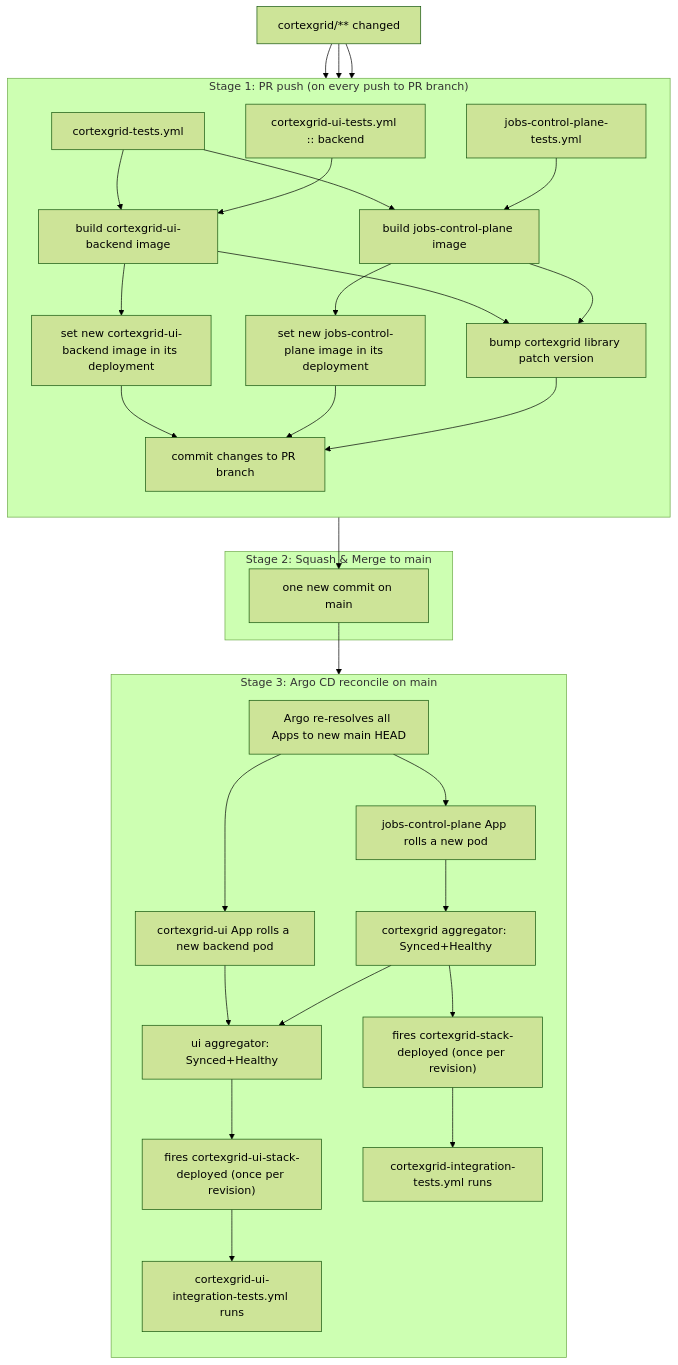
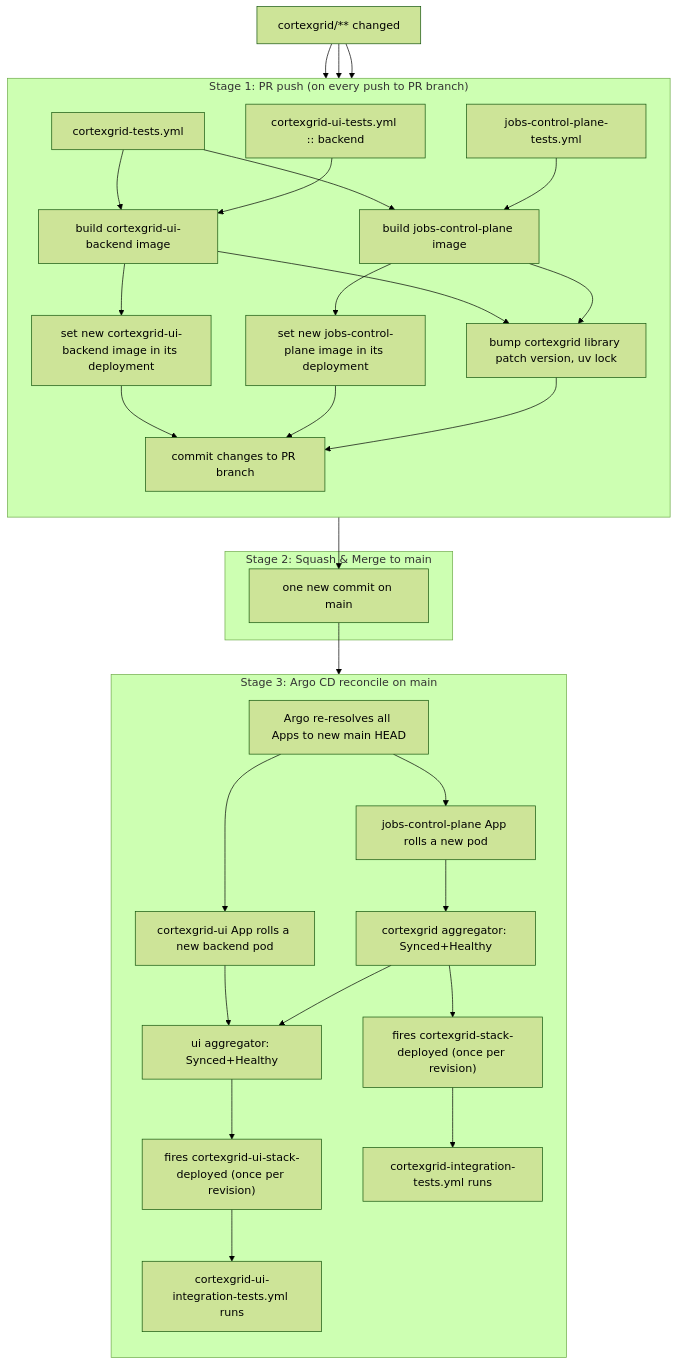
The first of 8 diagrams in docs/k8s/cicd.md (robodatalab/cortexgrid), drawn with Mermaid (forest theme) before and after one commit. The commit also changed other lines of this file and 6 other files, not shown here.

````diff
--- a/docs/k8s/cicd.md
+++ b/docs/k8s/cicd.md
@@ -33,61 +33,61 @@
 ```mermaid
 flowchart TB
     src["cortexgrid/** changed"]
 
     subgraph S1["Stage 1: PR push (on every push to PR branch)"]
         direction TB
         T1["cortexgrid-tests.yml"]
         T2["cortexgrid-ui-tests.yml :: backend"]
         T3["jobs-control-plane-tests.yml"]
         B1["build cortexgrid-ui-backend image"]
         B2["build jobs-control-plane image"]
         E1["set new cortexgrid-ui-backend image in its deployment"]
         E2["set new jobs-control-plane image in its deployment"]
-        E3["bump cortexgrid library patch version"]
+        E3["bump cortexgrid library patch version, uv lock"]
         C["commit changes to PR branch"]
         T1 --> B1
         T2 --> B1
         T1 --> B2
         T3 --> B2
         B1 --> E1
         B2 --> E2
         B1 --> E3
         B2 --> E3
         E1 --> C
         E2 --> C
         E3 --> C
     end
 
     src --> T1
     src --> T2
     src --> T3
 
     subgraph S2["Stage 2: Squash & Merge to main"]
         M["one new commit on main"]
     end
     C --> M
 
     subgraph S3["Stage 3: Argo CD reconcile on main"]
         direction TB
         Sync["Argo re-resolves all Apps to new main HEAD"]
         Roll_uib["cortexgrid-ui App rolls a new backend pod"]
         Roll_jcp["jobs-control-plane App rolls a new pod"]
         Agg_cf["cortexgrid aggregator: Synced+Healthy"]
         Agg_ui["ui aggregator: Synced+Healthy"]
         N_cf["fires cortexgrid-stack-deployed (once per revision)"]
         N_ui["fires cortexgrid-ui-stack-deployed (once per revision)"]
         IT_cf["cortexgrid-integration-tests.yml runs"]
         IT_uic["cortexgrid-ui-integration-tests.yml runs"]
 
         Sync --> Roll_uib
         Sync --> Roll_jcp
         Roll_jcp --> Agg_cf
         Roll_uib --> Agg_ui
         Agg_cf --> Agg_ui
         Agg_cf --> N_cf
         Agg_ui --> N_ui
         N_cf --> IT_cf
         N_ui --> IT_uic
     end
     M --> Sync
 ```
````
